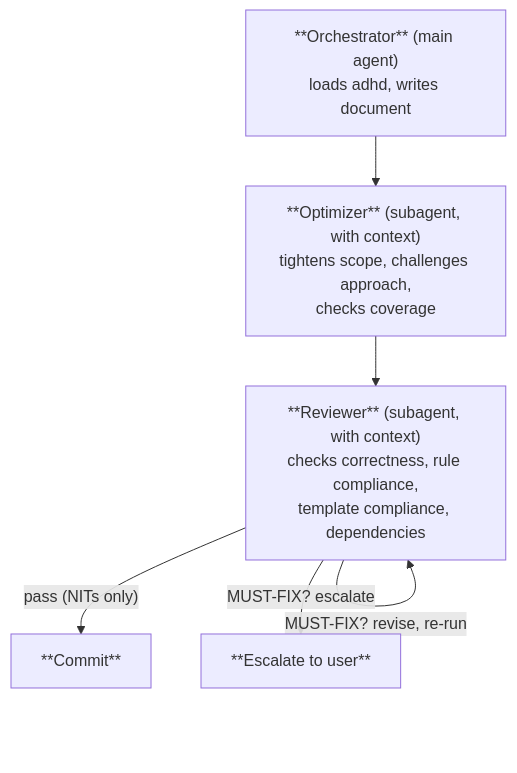
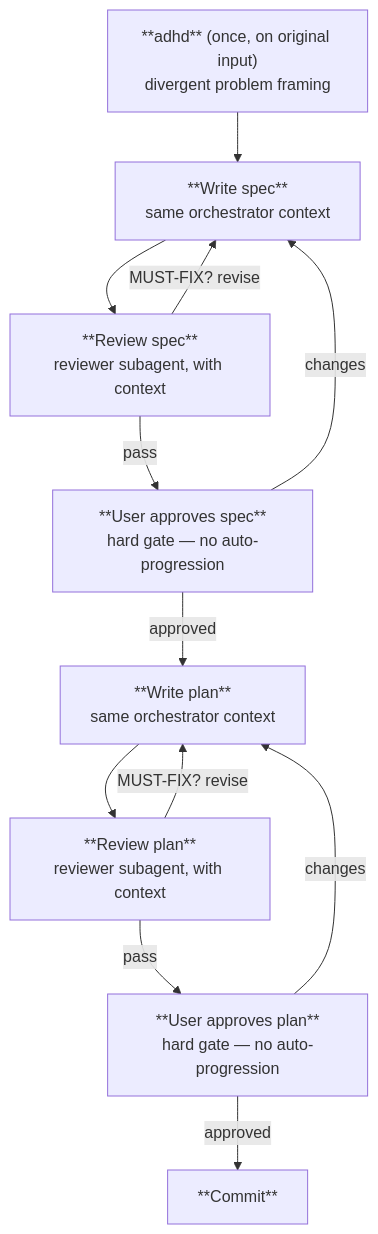
The third of 4 diagrams in README.md (bperin/project-context), drawn with Mermaid before and after one commit. The commit also changed other lines of this file and 67 other files, not shown here.

````diff
--- a/README.md
+++ b/README.md
@@ -105,13 +107,23 @@
 ```mermaid
 graph TD
-    WRITE["**Orchestrator** (main agent)<br/>loads adhd, writes document"]
-    OPT["**Optimizer** (subagent, with context)<br/>tightens scope, challenges approach,<br/>checks coverage"]
-    REVIEW["**Reviewer** (subagent, with context)<br/>checks correctness, rule compliance,<br/>template compliance, dependencies"]
+    ADHD["**adhd** (once, on original input)<br/>divergent problem framing"]
+    WRITESPEC["**Write spec**<br/>same orchestrator context"]
+    REVIEWSPEC["**Review spec**<br/>reviewer subagent, with context"]
+    GATE1["**User approves spec**<br/>hard gate — no auto-progression"]
+    WRITEPLAN["**Write plan**<br/>same orchestrator context"]
+    REVIEWPLAN["**Review plan**<br/>reviewer subagent, with context"]
+    GATE2["**User approves plan**<br/>hard gate — no auto-progression"]
     COMMIT["**Commit**"]
 
-    WRITE --> OPT
-    OPT --> REVIEW
-    REVIEW -->|"MUST-FIX? revise, re-run"| REVIEW
-    REVIEW -->|"pass (NITs only)"| COMMIT
-    REVIEW -->|"MUST-FIX? escalate"| USER["**Escalate to user**"]
+    ADHD --> WRITESPEC
+    WRITESPEC --> REVIEWSPEC
+    REVIEWSPEC -->|"MUST-FIX? revise"| WRITESPEC
+    REVIEWSPEC -->|"pass"| GATE1
+    GATE1 -->|"approved"| WRITEPLAN
+    GATE1 -->|"changes"| WRITESPEC
+    WRITEPLAN --> REVIEWPLAN
+    REVIEWPLAN -->|"MUST-FIX? revise"| WRITEPLAN
+    REVIEWPLAN -->|"pass"| GATE2
+    GATE2 -->|"approved"| COMMIT
+    GATE2 -->|"changes"| WRITEPLAN
 ```
````
